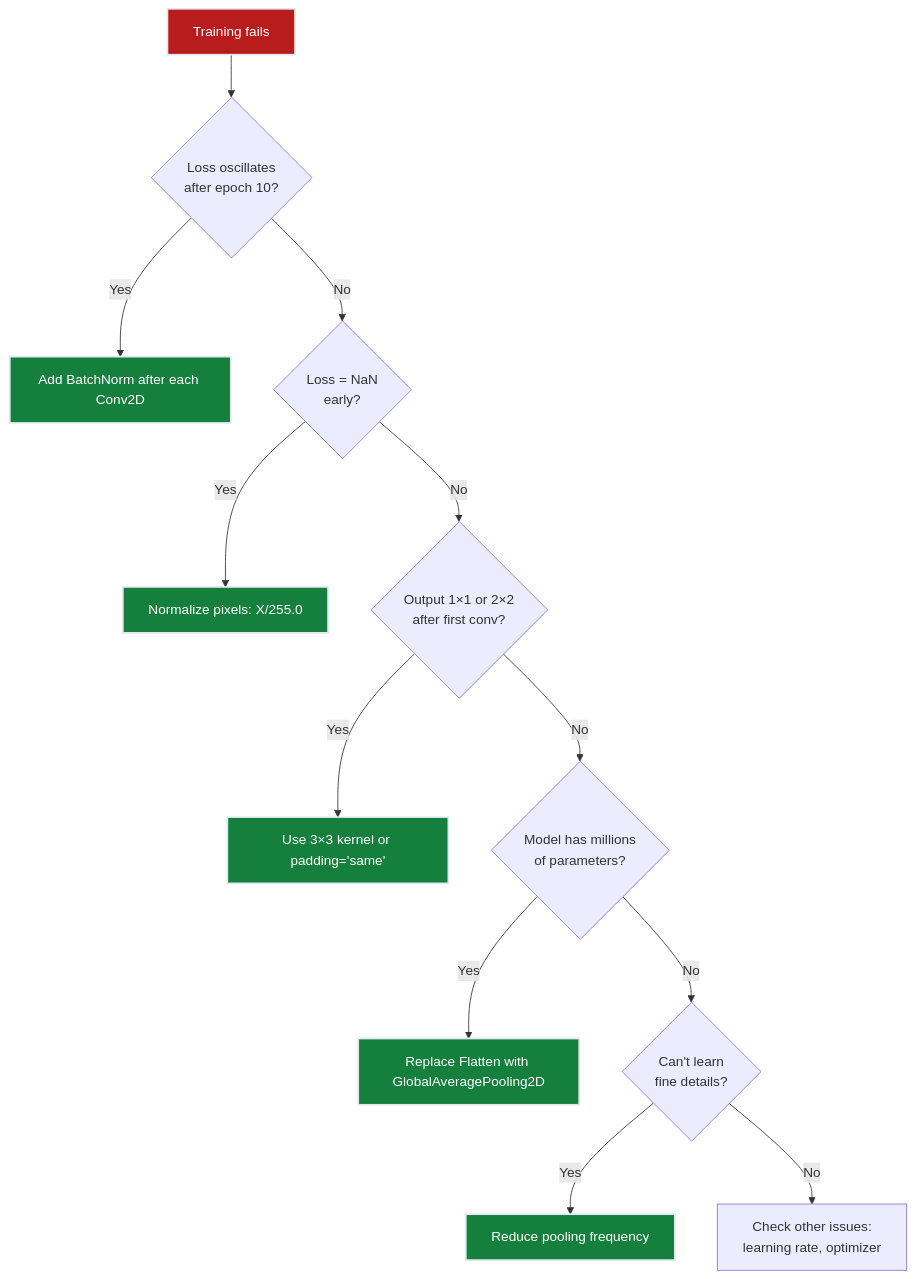
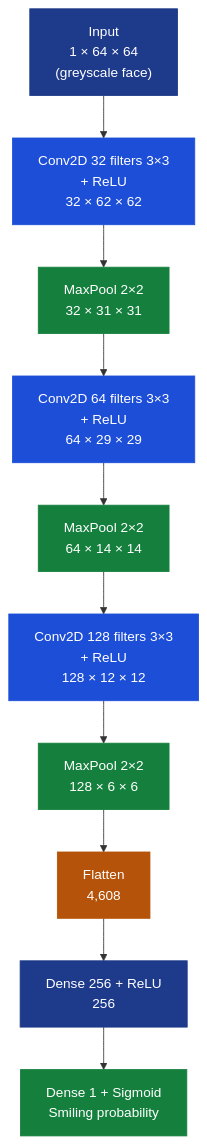
Before and after one commit to deepakshamsft/ai-portfolio: the first of 2 diagrams in notes/01-ml/03_neural_networks/ch05_cnns/README.md, drawn with Mermaid. The commit also changed other lines of this file and 727 other files, not shown here.

````diff
--- a/notes/01-ml/03_neural_networks/ch05_cnns/README.md
+++ b/notes/01-ml/03_neural_networks/ch05_cnns/README.md
@@ -425,21 +500,24 @@
 ```mermaid
 graph TD
-    A[Training fails] --> B{Loss oscillates<br/>after epoch 10?}
-    B -->|Yes| C[Add BatchNorm after each Conv2D]
-    B -->|No| D{Loss = NaN<br/>early?}
-    D -->|Yes| E[Normalize pixels: X/255.0]
-    D -->|No| F{Output 1×1 or 2×2<br/>after first conv?}
-    F -->|Yes| G[Use 3×3 kernel or padding='same']
-    F -->|No| H{Model has millions<br/>of parameters?}
-    H -->|Yes| I[Replace Flatten with GlobalAveragePooling2D]
-    H -->|No| J{Can't learn<br/>fine details?}
-    J -->|Yes| K[Reduce pooling frequency]
-    J -->|No| L[Check other issues:<br/>learning rate, optimizer]
-    
-    style C fill:#15803d,stroke:#e2e8f0,stroke-width:2px,color:#ffffff
-    style E fill:#15803d,stroke:#e2e8f0,stroke-width:2px,color:#ffffff
-    style G fill:#15803d,stroke:#e2e8f0,stroke-width:2px,color:#ffffff
-    style I fill:#15803d,stroke:#e2e8f0,stroke-width:2px,color:#ffffff
-    style K fill:#15803d,stroke:#e2e8f0,stroke-width:2px,color:#ffffff
-    style A fill:#b91c1c,stroke:#e2e8f0,stroke-width:2px,color:#ffffff
+    A["Input\n1 × 64 × 64\n(greyscale face)"]
+    A --> B["Conv2D 32 filters 3×3\n+ ReLU\n32 × 62 × 62"]
+    B --> C["MaxPool 2×2\n32 × 31 × 31"]
+    C --> D["Conv2D 64 filters 3×3\n+ ReLU\n64 × 29 × 29"]
+    D --> E["MaxPool 2×2\n64 × 14 × 14"]
+    E --> F["Conv2D 128 filters 3×3\n+ ReLU\n128 × 12 × 12"]
+    F --> G["MaxPool 2×2\n128 × 6 × 6"]
+    G --> H["Flatten\n4,608"]
+    H --> I["Dense 256 + ReLU\n256"]
+    I --> J["Dense 1 + Sigmoid\nSmiling probability"]
+
+    style A fill:#1e3a8a,color:#fff,stroke:#1e3a8a
+    style B fill:#1d4ed8,color:#fff,stroke:#1d4ed8
+    style C fill:#15803d,color:#fff,stroke:#15803d
+    style D fill:#1d4ed8,color:#fff,stroke:#1d4ed8
+    style E fill:#15803d,color:#fff,stroke:#15803d
+    style F fill:#1d4ed8,color:#fff,stroke:#1d4ed8
+    style G fill:#15803d,color:#fff,stroke:#15803d
+    style H fill:#b45309,color:#fff,stroke:#b45309
+    style I fill:#1e3a8a,color:#fff,stroke:#1e3a8a
+    style J fill:#15803d,color:#fff,stroke:#15803d
 ```
````
